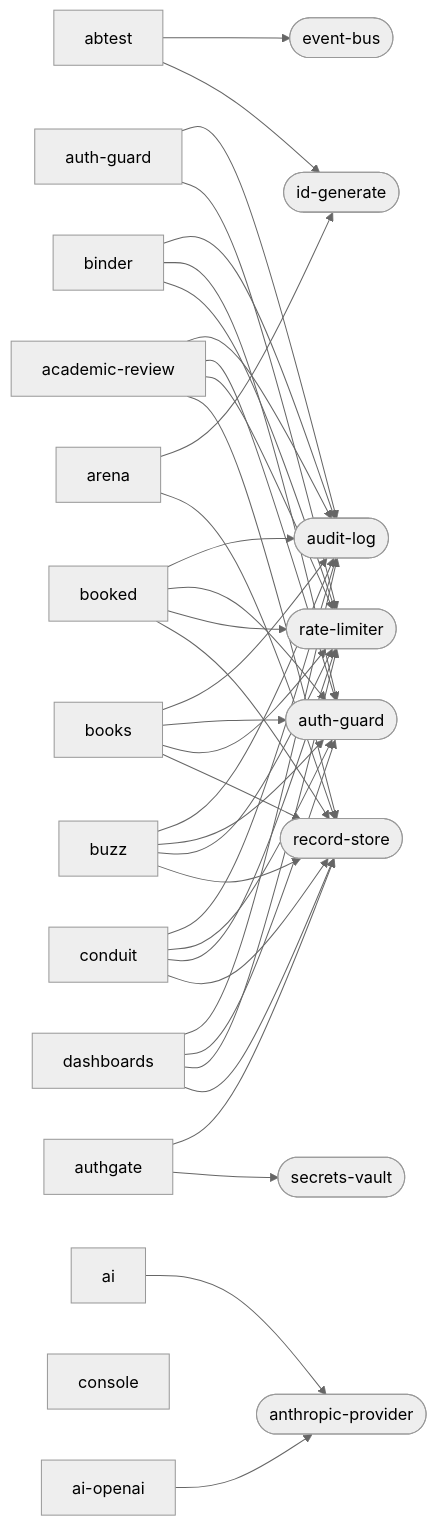
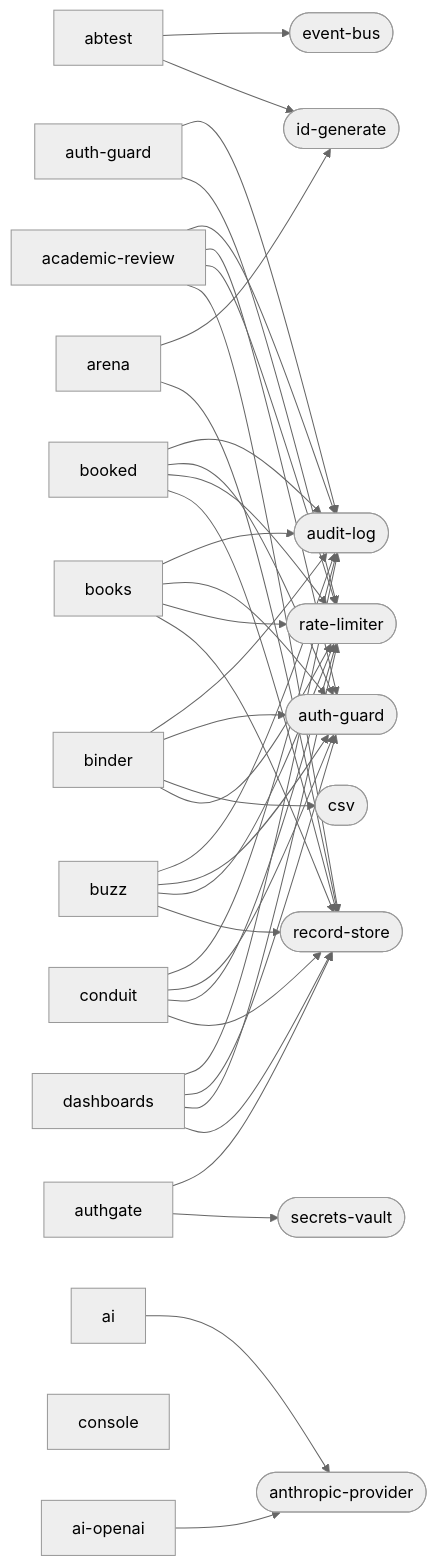
Before and after one commit to markkovari/holon: the second of 2 diagrams in docs/CAPABILITY-GRAPH.md, drawn with Mermaid (neutral theme). The commit also changed other lines of this file and 22 other files, not shown here.

First line of the commit message:
feat(binder): bulk import from .csv and .xlsx, composed from what already existed

````diff
--- a/docs/CAPABILITY-GRAPH.md
+++ b/docs/CAPABILITY-GRAPH.md
@@ -315,54 +317,55 @@
 ```mermaid
 graph LR
   app_abtest["abtest"]
   app_abtest --> event_bus([event-bus])
   app_abtest --> id_generate([id-generate])
   app_academic_review["academic-review"]
   app_academic_review --> audit_log([audit-log])
   app_academic_review --> auth_guard([auth-guard])
   app_academic_review --> rate_limiter([rate-limiter])
   app_academic_review --> record_store([record-store])
   app_ai["ai"]
   app_ai --> anthropic_provider([anthropic-provider])
   app_ai_openai["ai-openai"]
   app_ai_openai --> anthropic_provider([anthropic-provider])
   app_arena["arena"]
   app_arena --> id_generate([id-generate])
   app_arena --> record_store([record-store])
   app_auth_guard["auth-guard"]
   app_auth_guard --> audit_log([audit-log])
   app_auth_guard --> rate_limiter([rate-limiter])
   app_authgate["authgate"]
   app_authgate --> record_store([record-store])
   app_authgate --> secrets_vault([secrets-vault])
   app_binder["binder"]
   app_binder --> audit_log([audit-log])
   app_binder --> auth_guard([auth-guard])
+  app_binder --> csv([csv])
   app_binder --> rate_limiter([rate-limiter])
   app_booked["booked"]
   app_booked --> audit_log([audit-log])
   app_booked --> auth_guard([auth-guard])
   app_booked --> rate_limiter([rate-limiter])
   app_booked --> record_store([record-store])
   app_books["books"]
   app_books --> audit_log([audit-log])
   app_books --> auth_guard([auth-guard])
   app_books --> rate_limiter([rate-limiter])
   app_books --> record_store([record-store])
   app_buzz["buzz"]
   app_buzz --> audit_log([audit-log])
   app_buzz --> auth_guard([auth-guard])
   app_buzz --> rate_limiter([rate-limiter])
   app_buzz --> record_store([record-store])
   app_conduit["conduit"]
   app_conduit --> audit_log([audit-log])
   app_conduit --> auth_guard([auth-guard])
   app_conduit --> rate_limiter([rate-limiter])
   app_conduit --> record_store([record-store])
   app_console["console"]
   app_dashboards["dashboards"]
   app_dashboards --> audit_log([audit-log])
   app_dashboards --> auth_guard([auth-guard])
   app_dashboards --> rate_limiter([rate-limiter])
   app_dashboards --> record_store([record-store])
 ```
````
